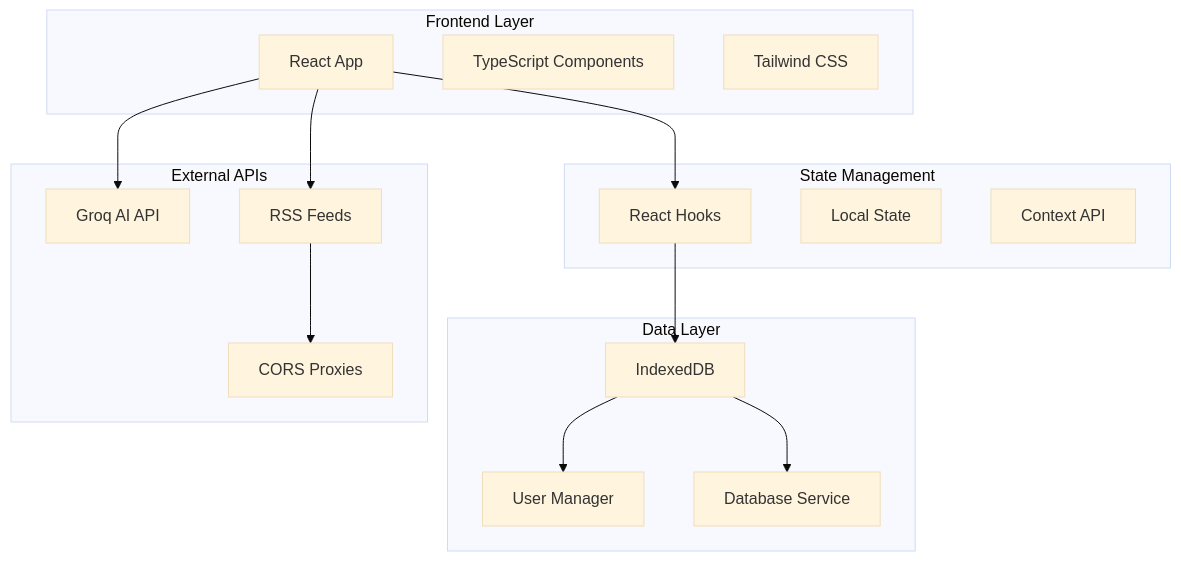
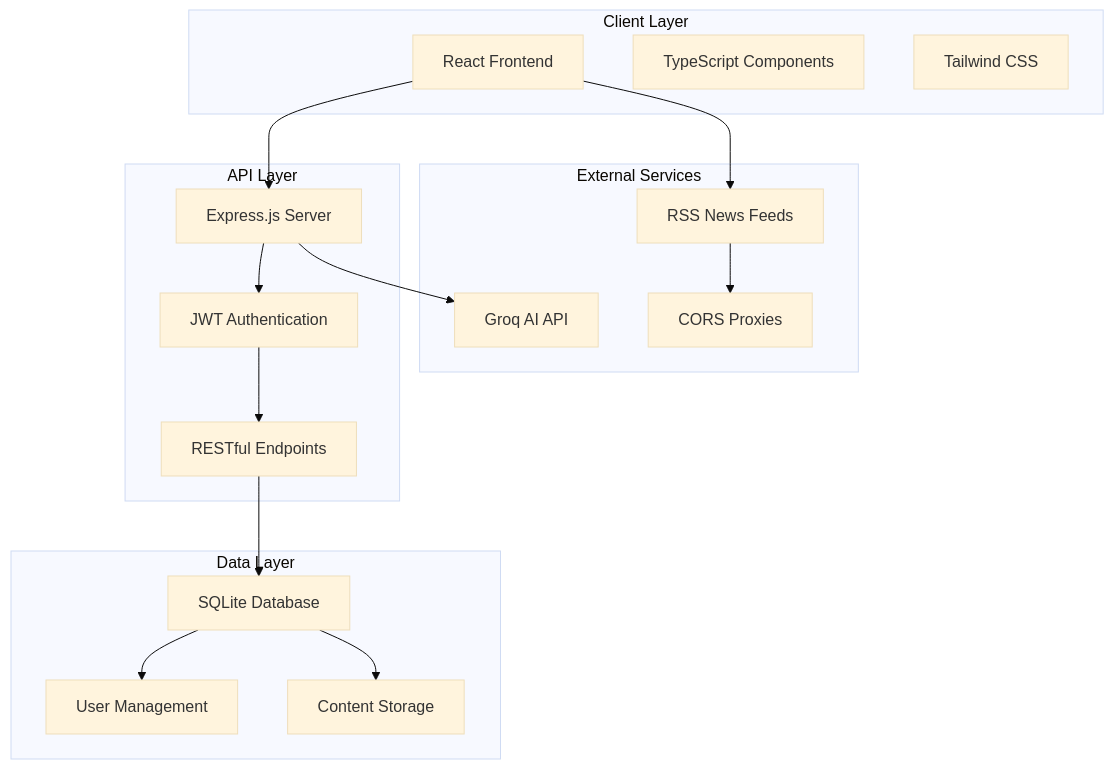
The first of 5 diagrams in README.md (Arshi9214/News-Aggregator-and-Analysis), drawn with Mermaid (base theme) before and after one commit. The commit also changed other lines of this file and 17 other files, not shown here.

````diff
--- a/README.md
+++ b/README.md
@@ -135,34 +37,36 @@
 ```mermaid
 graph TB
-    subgraph "Frontend Layer"
-        A[React App]
+    subgraph "Client Layer"
+        A[React Frontend]
         B[TypeScript Components]
         C[Tailwind CSS]
     end
     
-    subgraph "State Management"
-        D[React Hooks]
-        E[Local State]
-        F[Context API]
+    subgraph "API Layer"
+        D[Express.js Server]
+        E[JWT Authentication]
+        F[RESTful Endpoints]
     end
     
     subgraph "Data Layer"
-        G[IndexedDB]
-        H[User Manager]
-        I[Database Service]
+        G[SQLite Database]
+        H[User Management]
+        I[Content Storage]
     end
     
-    subgraph "External APIs"
+    subgraph "External Services"
         J[Groq AI API]
-        K[RSS Feeds]
+        K[RSS News Feeds]
         L[CORS Proxies]
     end
     
     A --> D
-    D --> G
-    A --> J
+    D --> E
+    E --> F
+    F --> G
+    G --> H
+    G --> I
+    D --> J
     A --> K
     K --> L
-    G --> H
-    G --> I
 ```
````
